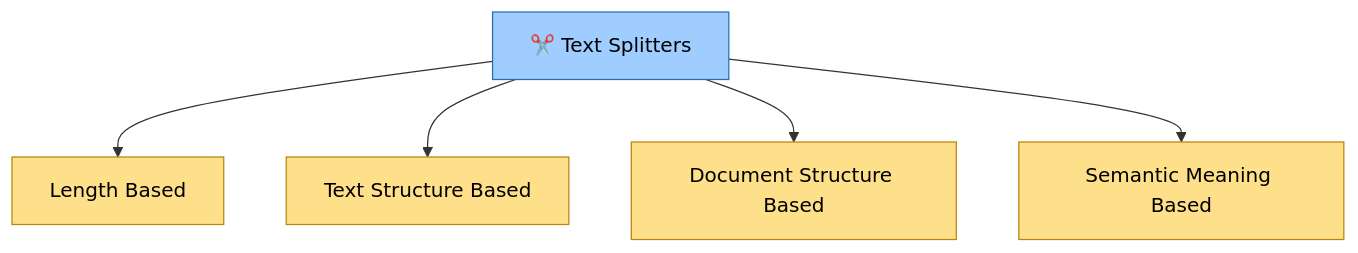
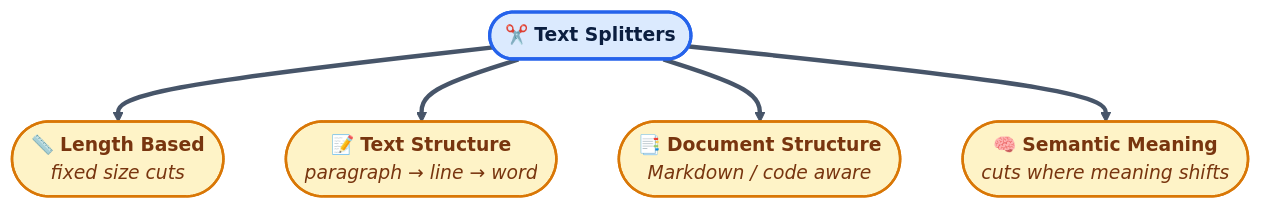
Before and after one commit to Og-Brutal/langchain-rag-pipeline: the third of 6 diagrams in README.md, drawn with Mermaid. The commit also changed other lines of this file, not shown here.

First line of the commit message:
docs: redesign README with polished visuals and refined diagrams

````diff
--- a/README.md
+++ b/README.md
@@ -173,14 +206,14 @@
 ```mermaid
+%%{init: {'theme':'base','themeVariables':{'primaryColor':'#60A5FA','primaryTextColor':'#0B1E3F','primaryBorderColor':'#2563EB','lineColor':'#475569','fontSize':'15px','fontFamily':'Inter, Segoe UI, sans-serif'}}}%%
 flowchart TD
-    A["✂️ Text Splitters"]
-    A --> B["Length Based"]
-    A --> C["Text Structure Based"]
-    A --> D["Document Structure Based"]
-    A --> E["Semantic Meaning Based"]
+    A(["✂️ <b>Text Splitters</b>"])
+    A ==> B(["📏 <b>Length Based</b><br/><i>fixed size cuts</i>"])
+    A ==> C(["📝 <b>Text Structure</b><br/><i>paragraph → line → word</i>"])
+    A ==> D(["📑 <b>Document Structure</b><br/><i>Markdown / code aware</i>"])
+    A ==> E(["🧠 <b>Semantic Meaning</b><br/><i>cuts where meaning shifts</i>"])
 
-    style A fill:#9fcdff,stroke:#2b6cb0,color:#000
-    style B fill:#ffe08a,stroke:#b8860b,color:#000
-    style C fill:#ffe08a,stroke:#b8860b,color:#000
-    style D fill:#ffe08a,stroke:#b8860b,color:#000
-    style E fill:#ffe08a,stroke:#b8860b,color:#000
+    classDef root fill:#DBEAFE,stroke:#2563EB,stroke-width:2.5px,color:#0B1E3F
+    classDef leaf fill:#FEF3C7,stroke:#D97706,stroke-width:2px,color:#78350F
+    class A root
+    class B,C,D,E leaf
 ```
````
